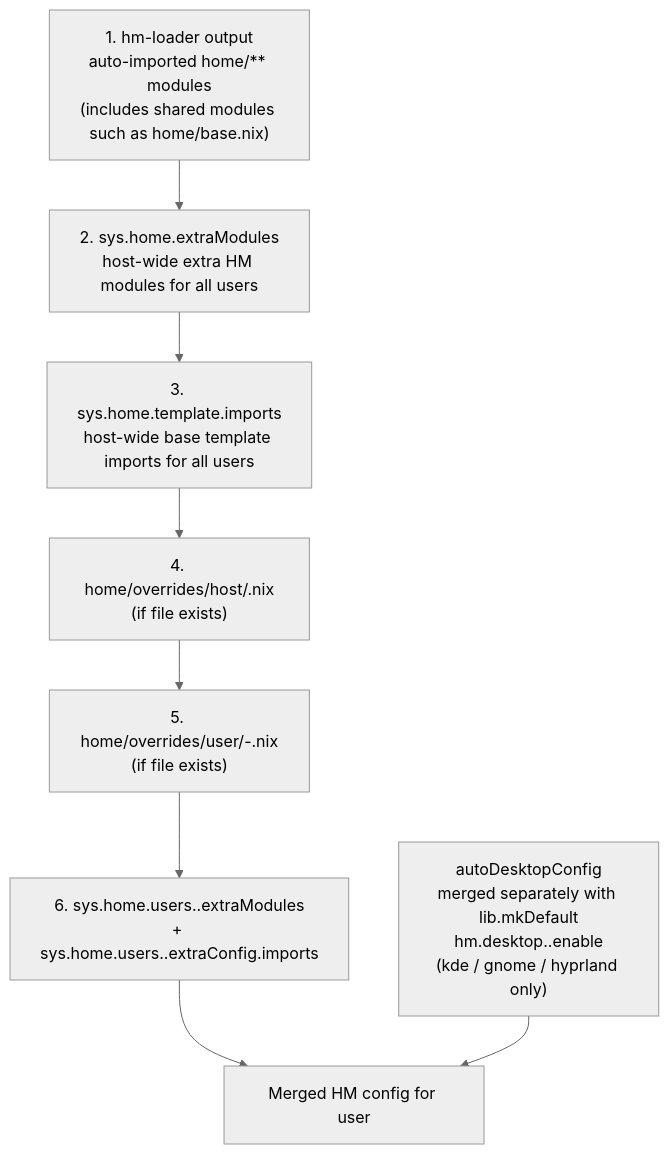
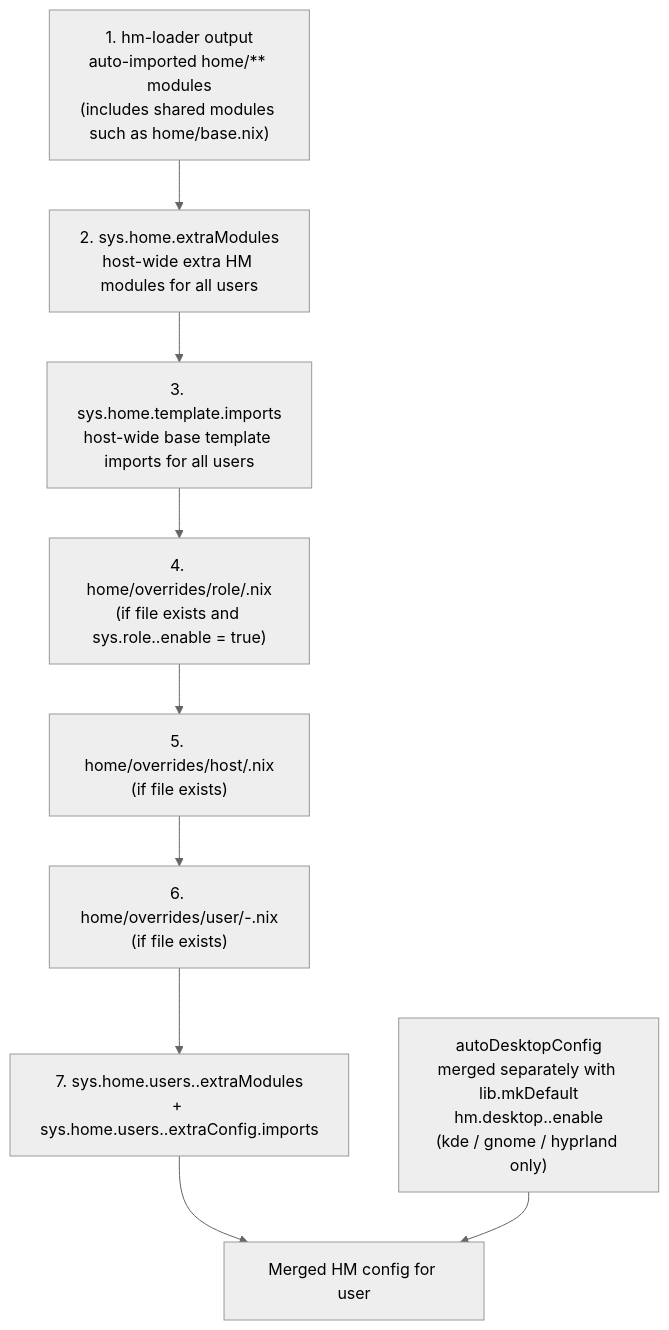
One commit to telometto/nix-config changed the seventh of 10 diagrams in docs/Project_Architecture_Blueprint.md. Above: the diagram before and after it, drawn with Mermaid (neutral theme). The commit also changed other lines of this file and 6 other files, not shown here.

````diff
--- a/docs/Project_Architecture_Blueprint.md
+++ b/docs/Project_Architecture_Blueprint.md
@@ -297,12 +299,13 @@
 ```mermaid
 flowchart TD
     L1["1. hm-loader output\nauto-imported home/** modules\n(includes shared modules such as home/base.nix)"]
     L2["2. sys.home.extraModules\nhost-wide extra HM modules for all users"]
     L3["3. sys.home.template.imports\nhost-wide base template imports for all users"]
-    L4["4. home/overrides/host/<hostname>.nix\n(if file exists)"]
-    L5["5. home/overrides/user/<username>-<hostname>.nix\n(if file exists)"]
-    L6["6. sys.home.users.<name>.extraModules\n+ sys.home.users.<name>.extraConfig.imports"]
+    L4["4. home/overrides/role/<role>.nix\n(if file exists and sys.role.<role>.enable = true)"]
+    L5["5. home/overrides/host/<hostname>.nix\n(if file exists)"]
+    L6["6. home/overrides/user/<username>-<hostname>.nix\n(if file exists)"]
+    L7["7. sys.home.users.<name>.extraModules\n+ sys.home.users.<name>.extraConfig.imports"]
     AD["autoDesktopConfig\nmerged separately with lib.mkDefault\nhm.desktop.<flavor>.enable\n(kde / gnome / hyprland only)"]
-    L1 --> L2 --> L3 --> L4 --> L5 --> L6 --> OUT[Merged HM config for user]
+    L1 --> L2 --> L3 --> L4 --> L5 --> L6 --> L7 --> OUT[Merged HM config for user]
     AD --> OUT
 ```
````
